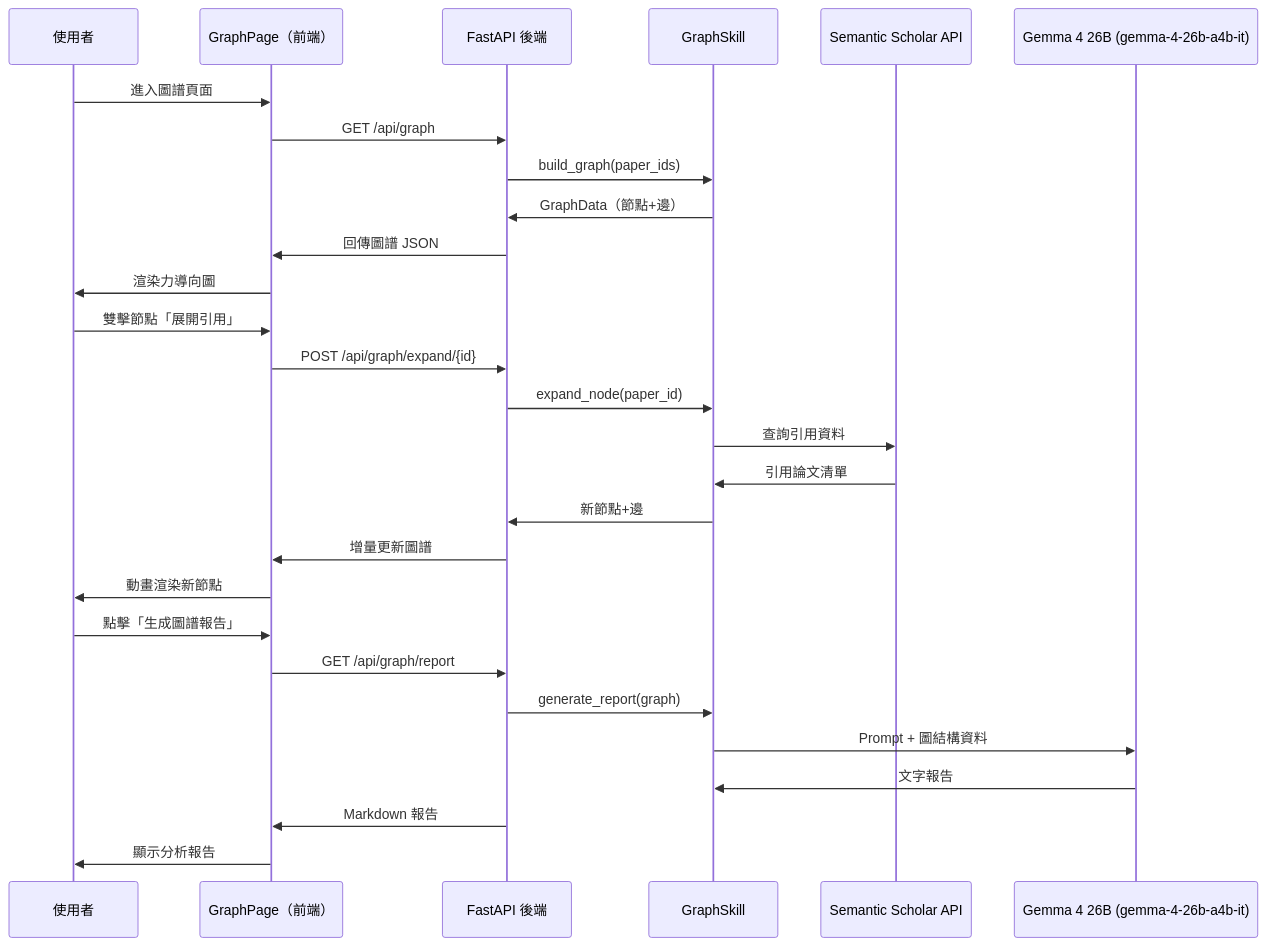
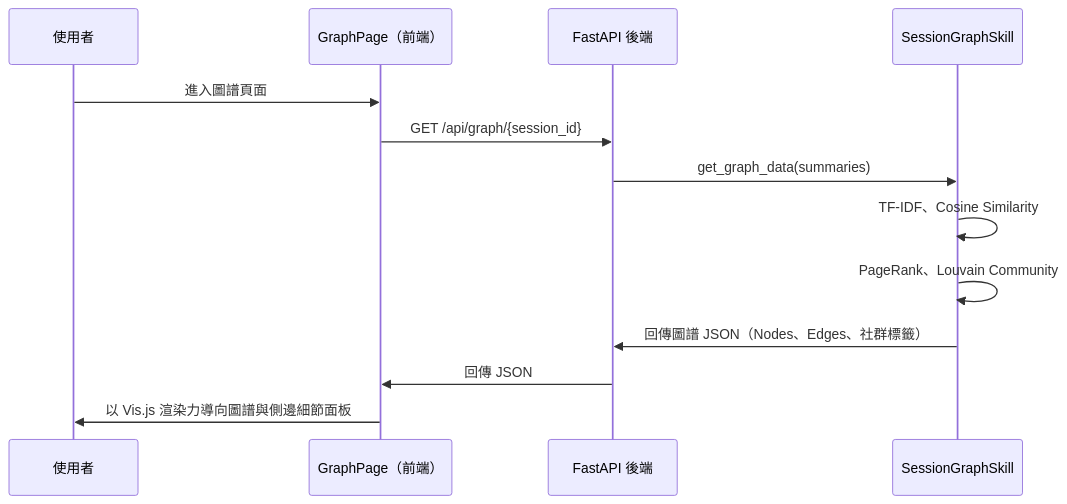
Before and after one commit to squidj193-sudo/ai-final: the diagram in 架構/KNOWLEDGE_GRAPH.md, drawn with Mermaid. The commit also changed other lines of this file and 23 other files, not shown here.

````diff
--- a/架構/KNOWLEDGE_GRAPH.md
+++ b/架構/KNOWLEDGE_GRAPH.md
@@ -191,33 +110,16 @@
 ```mermaid
 sequenceDiagram
     participant U as 使用者
     participant FE as GraphPage（前端）
     participant API as FastAPI 後端
-    participant GS as GraphSkill
-    participant SS as Semantic Scholar API
-    participant GE as Gemma 4 26B (gemma-4-26b-a4b-it)
+    participant GS as SessionGraphSkill
 
     U->>FE: 進入圖譜頁面
-    FE->>API: GET /api/graph
-    API->>GS: build_graph(paper_ids)
-    GS->>API: GraphData（節點+邊）
-    API->>FE: 回傳圖譜 JSON
-    FE->>U: 渲染力導向圖
-
-    U->>FE: 雙擊節點「展開引用」
-    FE->>API: POST /api/graph/expand/{id}
-    API->>GS: expand_node(paper_id)
-    GS->>SS: 查詢引用資料
-    SS->>GS: 引用論文清單
-    GS->>API: 新節點+邊
-    API->>FE: 增量更新圖譜
-    FE->>U: 動畫渲染新節點
-
-    U->>FE: 點擊「生成圖譜報告」
-    FE->>API: GET /api/graph/report
-    API->>GS: generate_report(graph)
-    GS->>GE: Prompt + 圖結構資料
-    GE->>GS: 文字報告
-    API->>FE: Markdown 報告
-    FE->>U: 顯示分析報告
+    FE->>API: GET /api/graph/{session_id}
+    API->>GS: get_graph_data(summaries)
+    GS->>GS: TF-IDF、Cosine Similarity
+    GS->>GS: PageRank、Louvain Community
+    GS->>API: 回傳圖譜 JSON（Nodes、Edges、社群標籤）
+    API->>FE: 回傳 JSON
+    FE->>U: 以 Vis.js 渲染力導向圖譜與側邊細節面板
 ```
````
